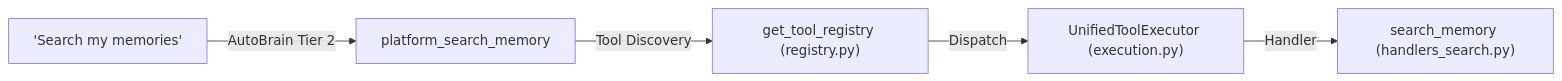
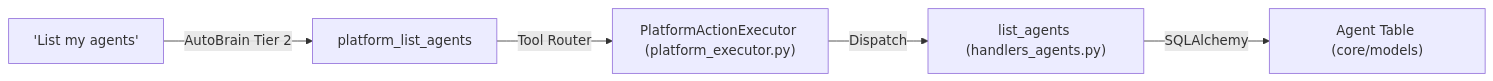
The third of 3 diagrams in docs/chat-interface/chat-api-streaming.md (AutomatosAI/automatos-ai), drawn with Mermaid before and after one commit. The commit also changed other lines of this file and 153 other files, not shown here.

````diff
--- a/docs/chat-interface/chat-api-streaming.md
+++ b/docs/chat-interface/chat-api-streaming.md
@@ -195,7 +182,7 @@
 ```mermaid
 graph LR
-    NL["'Search my memories'"] -- "AutoBrain Tier 2" --> Hint["platform_search_memory"]
-    Hint -- "Tool Discovery" --> Registry["get_tool_registry (registry.py)"]
-    Registry -- "Dispatch" --> Exec["UnifiedToolExecutor (execution.py)"]
-    Exec -- "Handler" --> H["search_memory (handlers_search.py)"]
+    NL["'List my agents'"] -- "AutoBrain Tier 2" --> Hint["platform_list_agents"]
+    Hint -- "Tool Router" --> Registry["PlatformActionExecutor (platform_executor.py)"]
+    Registry -- "Dispatch" --> Handler["list_agents (handlers_agents.py)"]
+    Handler -- "SQLAlchemy" --> DB["Agent Table (core/models)"]
 ```
````
